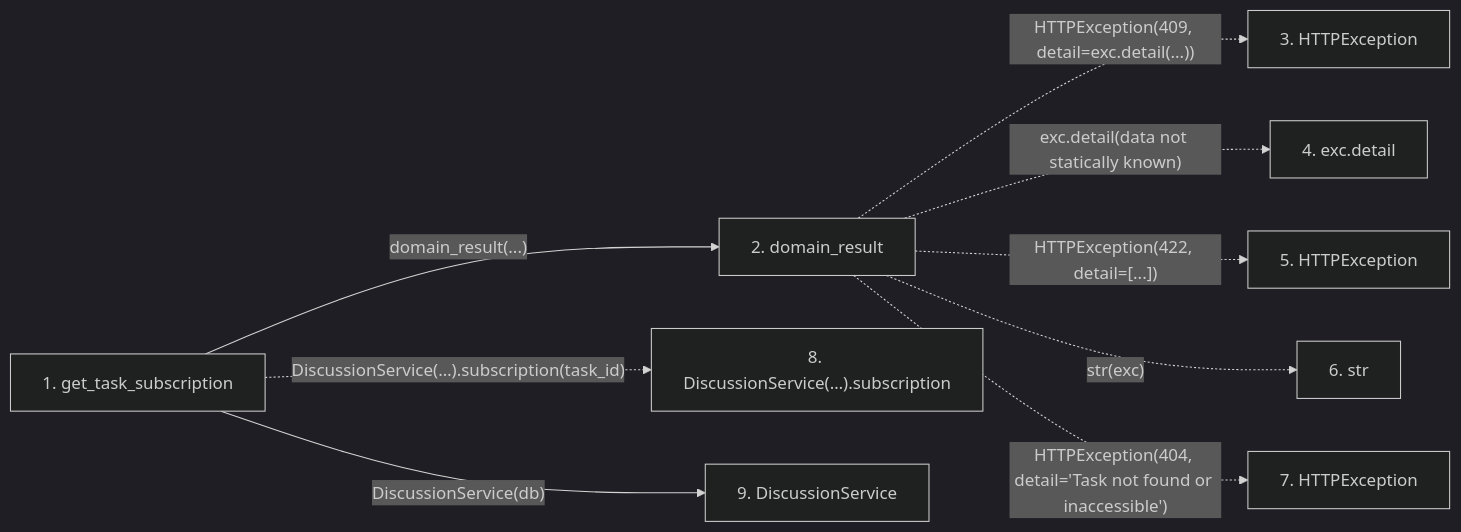
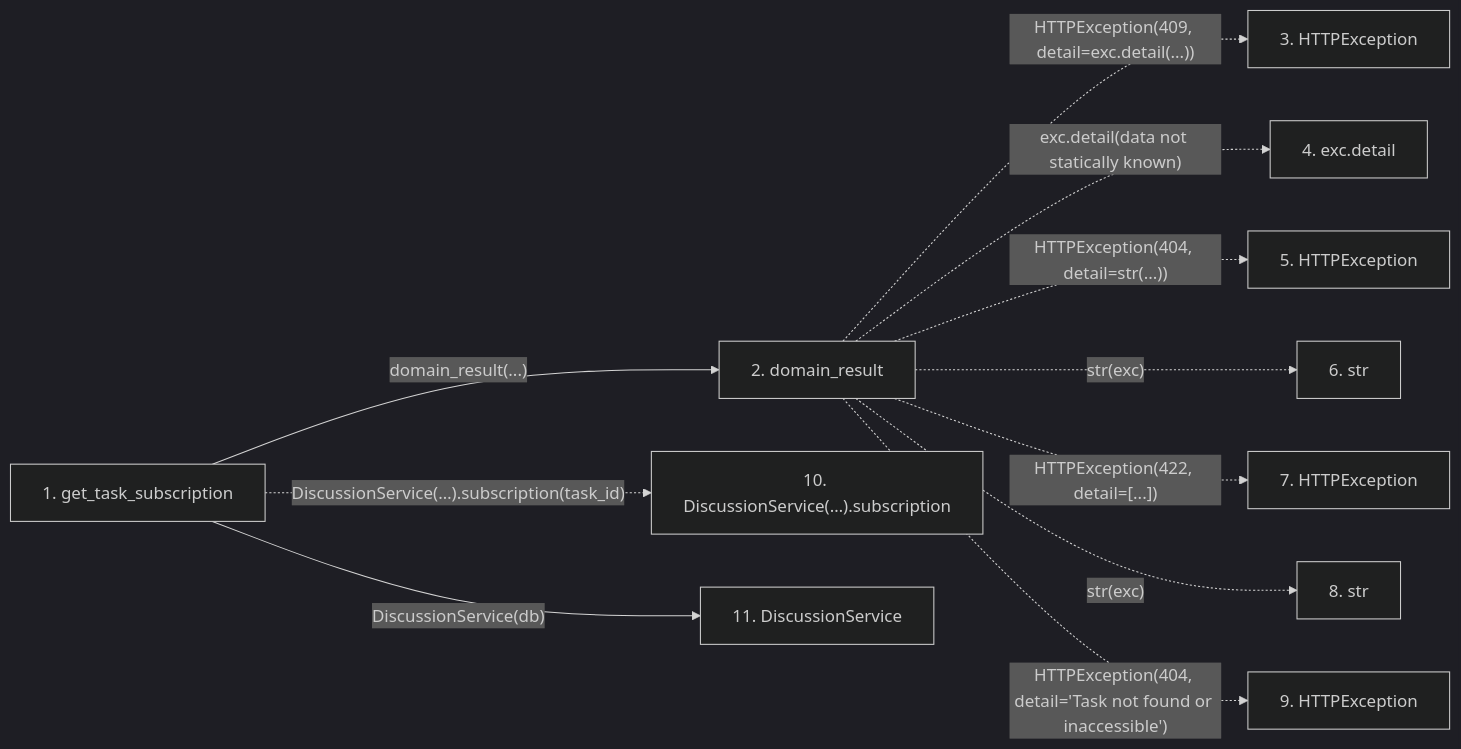
The second of 2 diagrams in docs/llm_wiki/flows/http-get_task_subscription.md (Denissvgn/WorkChord), drawn with Mermaid (dark theme) before and after one commit. The commit also changed other lines of this file and 6624 other files, not shown here.

````diff
--- a/docs/llm_wiki/flows/http-get_task_subscription.md
+++ b/docs/llm_wiki/flows/http-get_task_subscription.md
@@ -32,23 +34,27 @@
 ```mermaid
 flowchart LR
     s1["1. get_task_subscription"]
     s2["2. domain_result"]
     s3["3. HTTPException"]
     s4["4. exc.detail"]
     s5["5. HTTPException"]
     s6["6. str"]
     s7["7. HTTPException"]
-    s8["8. DiscussionService(…).subscription"]
-    s9["9. DiscussionService"]
+    s8["8. str"]
+    s9["9. HTTPException"]
+    s10["10. DiscussionService(…).subscription"]
+    s11["11. DiscussionService"]
     s1 -->|"domain_result(...)"| s2
     s2 -. "HTTPException(409, detail=exc.detail(...))" .-> s3
     s2 -. "exc.detail(data not statically known)" .-> s4
-    s2 -. "HTTPException(422, detail=[...])" .-> s5
+    s2 -. "HTTPException(404, detail=str(...))" .-> s5
     s2 -. "str(exc)" .-> s6
-    s2 -. "HTTPException(404, detail='Task not found or inaccessible')" .-> s7
-    s1 -. "DiscussionService(…).subscription(task_id)" .-> s8
-    s1 -->|"DiscussionService(db)"| s9
+    s2 -. "HTTPException(422, detail=[...])" .-> s7
+    s2 -. "str(exc)" .-> s8
+    s2 -. "HTTPException(404, detail='Task not found or inaccessible')" .-> s9
+    s1 -. "DiscussionService(…).subscription(task_id)" .-> s10
+    s1 -->|"DiscussionService(db)"| s11
     click s1 "../modules/routers_discussion.md"
     click s2 "../modules/routers_task_domain.md"
-    click s9 "../modules/discussion_service.md"
+    click s11 "../modules/discussion_service.md"
 ```
````
